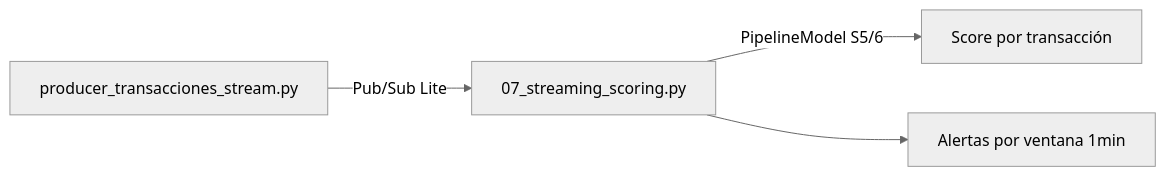
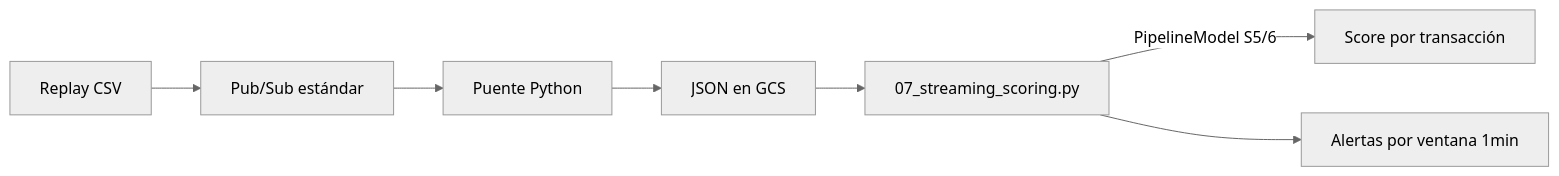
One commit to ChemaSarmiento/Big_Data_UP changed the diagram in slides_maestria/sesion-10.md. Above: the diagram before and after it, drawn with Mermaid (neutral theme). The commit also changed other lines of this file and 90 other files, not shown here.

````diff
--- a/slides_maestria/sesion-10.md
+++ b/slides_maestria/sesion-10.md
@@ -60,6 +60,9 @@
 ```mermaid {scale: 0.55}
 flowchart LR
-    P[producer_transacciones_stream.py] -->|Pub/Sub Lite| S[07_streaming_scoring.py]
+    P[Replay CSV] --> Q[Pub/Sub estándar]
+    Q --> B[Puente Python]
+    B --> G[JSON en GCS]
+    G --> S[07_streaming_scoring.py]
     S -->|PipelineModel S5/6| Score[Score por transacción]
     S --> W[Alertas por ventana 1min]
 ```
````
